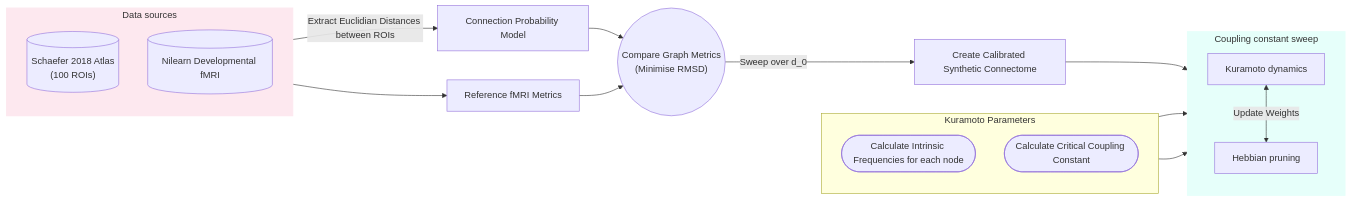
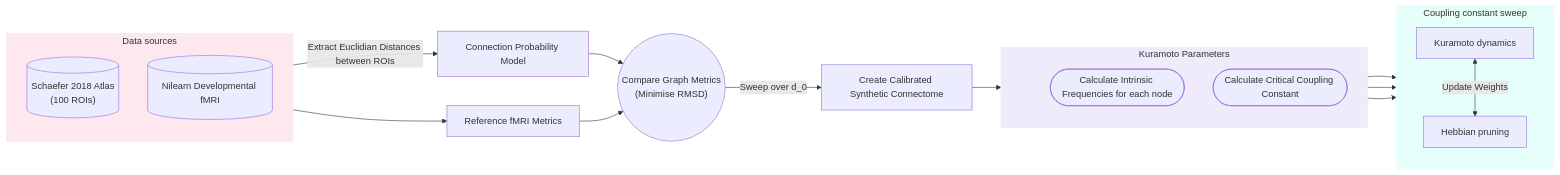
The diagram in README.md (R-eya/Kuramoto-Hebbian-Style-Pruning-of-Synthetic-Connectomes), drawn with Mermaid before and after one commit.

````diff
--- a/README.md
+++ b/README.md
@@ -7,31 +7,41 @@
 ```mermaid
 flowchart LR
 
     subgraph Inputs ["Data sources"]
         direction TB
         Q[("Schaefer 2018 atlas<br/>(100 ROIs)")]
         A[("Nilearn developmental fMRI")]
     end
     style Inputs fill:#e8f4fd,stroke:#2b6cb0,stroke-width:2px
 
     Q[("Schaefer 2018 Atlas <br> (100 ROIs)")] -->|Extract Euclidian Distances between ROIs| W[Connection Probability Model] -->C
 
     A[(Nilearn Developmental fMRI)] -->B[Reference fMRI Metrics]--> C(("Compare Graph Metrics <br> (Minimise RMSD)" )) -->|Sweep over d_0 | D[Create Calibrated Synthetic Connectome]
-    D --> E[Kuramoto Dynamics]
-    G--> E
-    F --> E
-    subgraph kurma params ["Kuramoto Parameters"]
+    
+    %% Route D to E through an invisible node inside the subgraph
+    D --> HiddenNode --> E[Kuramoto Dynamics]
+
+    subgraph kurma ["Kuramoto Parameters"]
         direction TB
+        HiddenNode[" "]:::hidden
         G([Calculate Intrinsic Frequencies for each node])
         F([Calculate Critical Coupling Constant])
     end
 
     subgraph Sweep ["Coupling constant sweep"]
         direction TB
         E["Kuramoto dynamics"]
         H["Hebbian pruning"]
         E <-->|"Update Weights"| H
     end
+        
+    G --> E
+    F --> E
+
 style Inputs fill:#fde8ef,stroke:#fde8ef,stroke-width:2px
 style Sweep fill:#e6fffa,stroke:#e6fffa,stroke-width:2px
+style kurma fill:#f0ebfa,stroke:#f0ebfa,stroke-width:2px
+
+%% Hide the passthrough node so the line looks continuous
+classDef hidden display:none;
 ```
````
